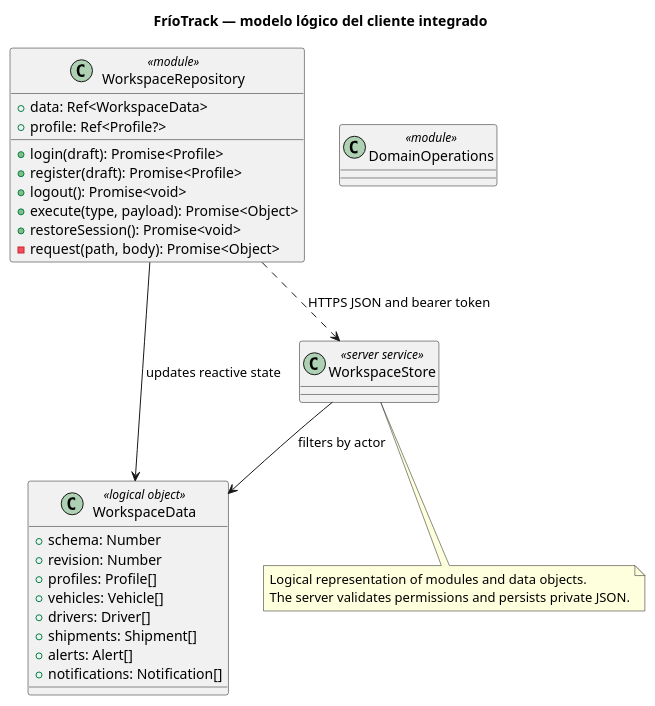
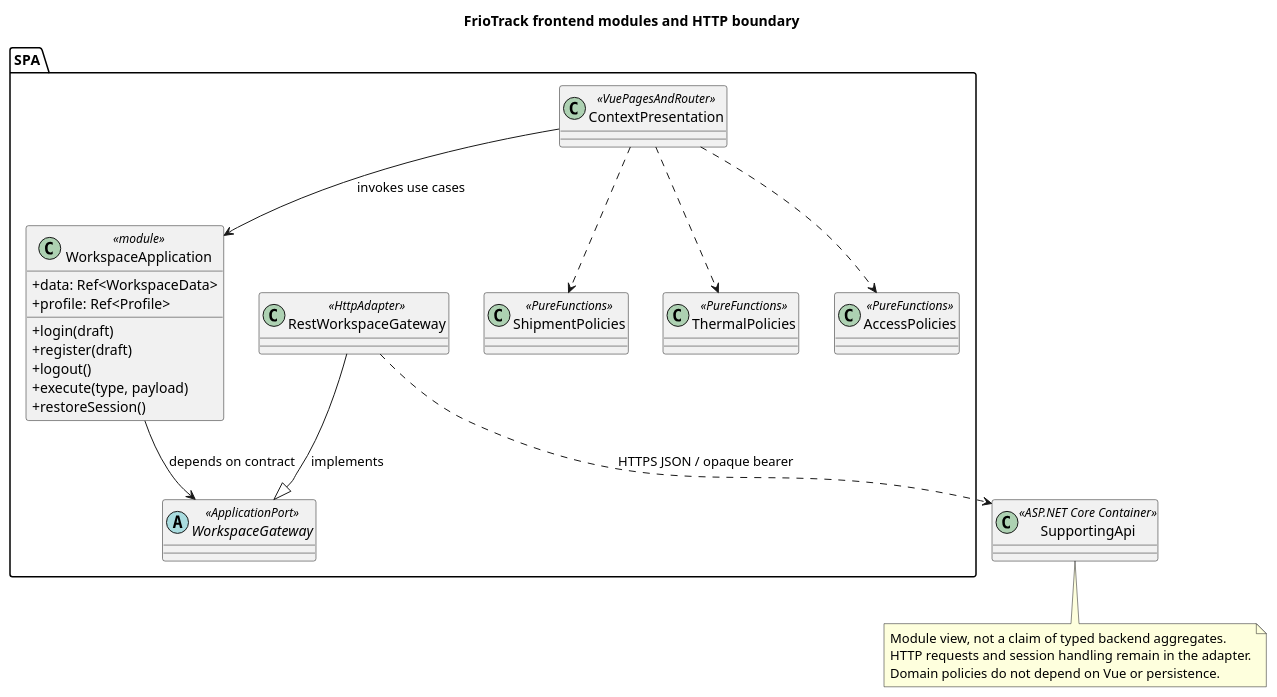
One commit to upc-pre-202620-1asi0730-8088-FrioTrackk/report-friotrack changed the diagram in assets/architecture/frontend-classes.puml. Above: the diagram before and after it, drawn with PlantUML. The commit also changed 19 other files, not shown here.

```diff
--- a/assets/architecture/frontend-classes.puml
+++ b/assets/architecture/frontend-classes.puml
@@ -1,32 +1,34 @@
 @startuml
-title FríoTrack — modelo lógico del cliente integrado
-class WorkspaceRepository <<module>> {
-  +data: Ref<WorkspaceData>
-  +profile: Ref<Profile?>
-  +login(draft): Promise<Profile>
-  +register(draft): Promise<Profile>
-  +logout(): Promise<void>
-  +execute(type, payload): Promise<Object>
-  +restoreSession(): Promise<void>
-  -request(path, body): Promise<Object>
+title FrioTrack frontend modules and HTTP boundary
+skinparam classAttributeIconSize 0
+package "SPA" {
+class WorkspaceApplication <<module>> {
+  + data: Ref<WorkspaceData>
+  + profile: Ref<Profile>
+  + login(draft)
+  + register(draft)
+  + logout()
+  + execute(type, payload)
+  + restoreSession()
 }
-class WorkspaceData <<logical object>> {
-  +schema: Number
-  +revision: Number
-  +profiles: Profile[]
-  +vehicles: Vehicle[]
-  +drivers: Driver[]
-  +shipments: Shipment[]
-  +alerts: Alert[]
-  +notifications: Notification[]
+class ContextPresentation <<VuePagesAndRouter>>
+ContextPresentation --> WorkspaceApplication : invokes use cases
+abstract class WorkspaceGateway <<ApplicationPort>>
+class RestWorkspaceGateway <<HttpAdapter>>
+class ShipmentPolicies <<PureFunctions>>
+class ThermalPolicies <<PureFunctions>>
+class AccessPolicies <<PureFunctions>>
+WorkspaceApplication --> WorkspaceGateway : depends on contract
+RestWorkspaceGateway --|> WorkspaceGateway : implements
+ContextPresentation ..> ShipmentPolicies
+ContextPresentation ..> ThermalPolicies
+ContextPresentation ..> AccessPolicies
 }
-class DomainOperations <<module>>
-class WorkspaceStore <<server service>>
-WorkspaceRepository --> WorkspaceData : updates reactive state
-WorkspaceRepository ..> WorkspaceStore : HTTPS JSON and bearer token
-WorkspaceStore --> WorkspaceData : filters by actor
+class SupportingApi <<ASP.NET Core Container>>
+RestWorkspaceGateway ..> SupportingApi : HTTPS JSON / opaque bearer
 note bottom
-Logical representation of modules and data objects.
-The server validates permissions and persists private JSON.
+Module view, not a claim of typed backend aggregates.
+HTTP requests and session handling remain in the adapter.
+Domain policies do not depend on Vue or persistence.
 end note
 @enduml
```
